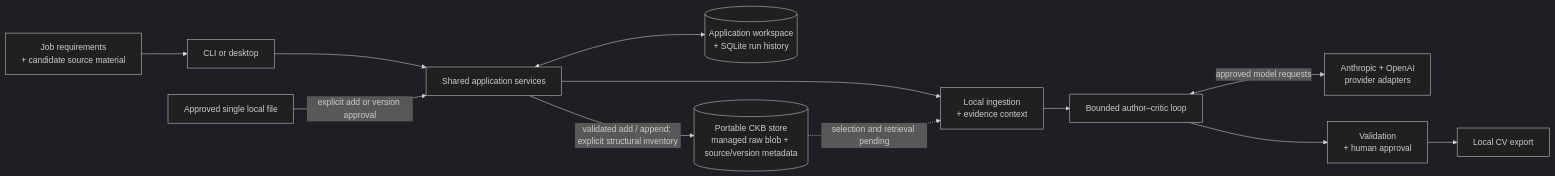
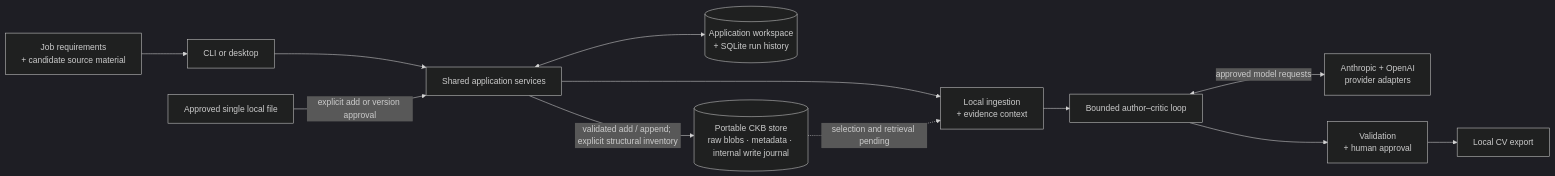
The diagram in README.md (akoita/draft-loop), drawn with Mermaid (dark theme) before and after one commit. The commit also changed other lines of this file and 10 other files, not shown here.

Commit message:
feat(knowledge): journal managed writes

````diff
--- a/README.md
+++ b/README.md
@@ -104,23 +119,23 @@
 ```mermaid
 flowchart LR
     Inputs["Job requirements<br/>+ candidate source material"]
     Adapters["CLI or desktop"]
     Application["Shared application services"]
     Context["Local ingestion<br/>+ evidence context"]
     Loop["Bounded author–critic loop"]
     Models["Anthropic + OpenAI<br/>provider adapters"]
     Review["Validation<br/>+ human approval"]
     Export["Local CV export"]
     WorkspaceStore[("Application workspace<br/>+ SQLite run history")]
     ApprovedFile["Approved single local file"]
-    CKBStore[("Portable CKB store<br/>managed raw blob + source/version metadata")]
+    CKBStore[("Portable CKB store<br/>raw blobs · metadata · internal write journal")]
 
     Inputs --> Adapters --> Application
     Application --> Context --> Loop
     Loop <-->|"approved model requests"| Models
     Loop --> Review --> Export
     Application <--> WorkspaceStore
     ApprovedFile -->|"explicit add or version approval"| Application
     Application -->|"validated add / append; explicit structural inventory"| CKBStore
     CKBStore -.->|"selection and retrieval pending"| Context
 ```
````
